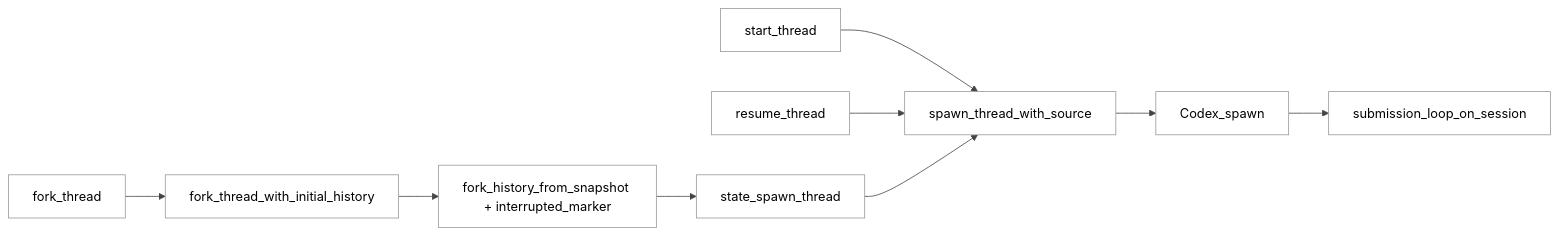
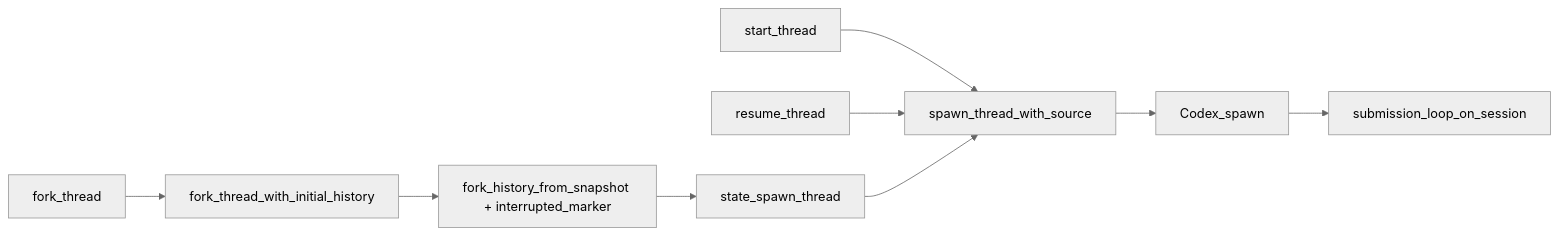
The sixth of 6 diagrams in Part I Principles and Usage/06-Agent核心循环.md (GLBB/codex-source-analysis), drawn with Mermaid before and after one commit. The commit also changed other lines of this file and 29 other files, not shown here.

````diff
--- a/Part I Principles and Usage/06-Agent核心循环.md
+++ b/Part I Principles and Usage/06-Agent核心循环.md
@@ -416,12 +416,12 @@
 ```mermaid
-%%{init: {"theme":"neutral","themeCSS":"svg { background: #ffffff !important; } .label, .nodeLabel, .edgeLabel, text { fill: #000000 !important; color: #000000 !important; }","themeVariables":{"background":"#ffffff","mainBkg":"#ffffff","primaryColor":"#f5f5f5","primaryTextColor":"#000000","primaryBorderColor":"#333333","lineColor":"#444444","textColor":"#000000","edgeLabelBackground":"#ffffff","fontFamily":"Helvetica"}}}%%
+%%{init:{'theme':'neutral','themeVariables':{'background':'#ffffff'}}}%%
 flowchart LR
     Start["start_thread"] --> SpawnWith["spawn_thread_with_source"]
     Resume["resume_thread"] --> SpawnWith
     Fork["fork_thread"] --> ForkInner["fork_thread_with_initial_history"]
     ForkInner --> SnapshotCut["fork_history_from_snapshot + interrupted_marker"]
     SnapshotCut --> SpawnInner["state_spawn_thread"]
     SpawnInner --> SpawnWith
     SpawnWith --> CodexSpawn["Codex_spawn"]
     CodexSpawn --> Loop["submission_loop_on_session"]
 ```
````
